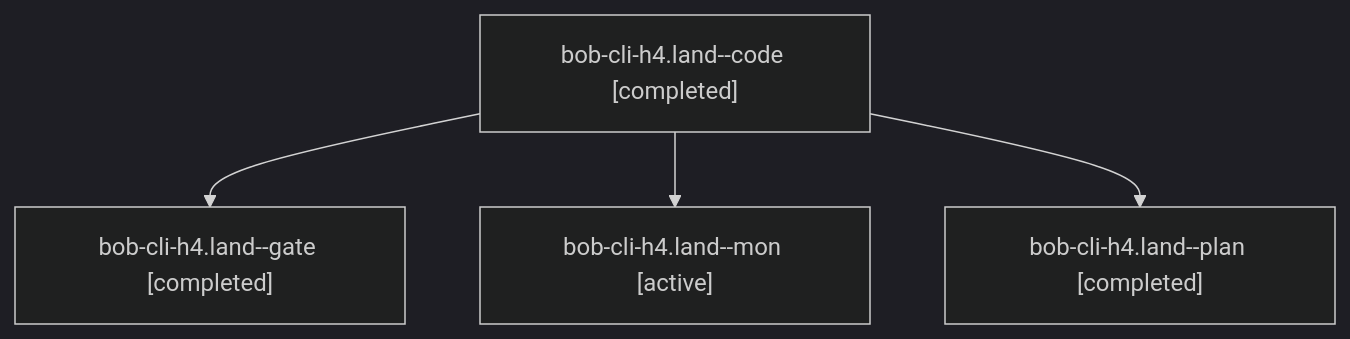
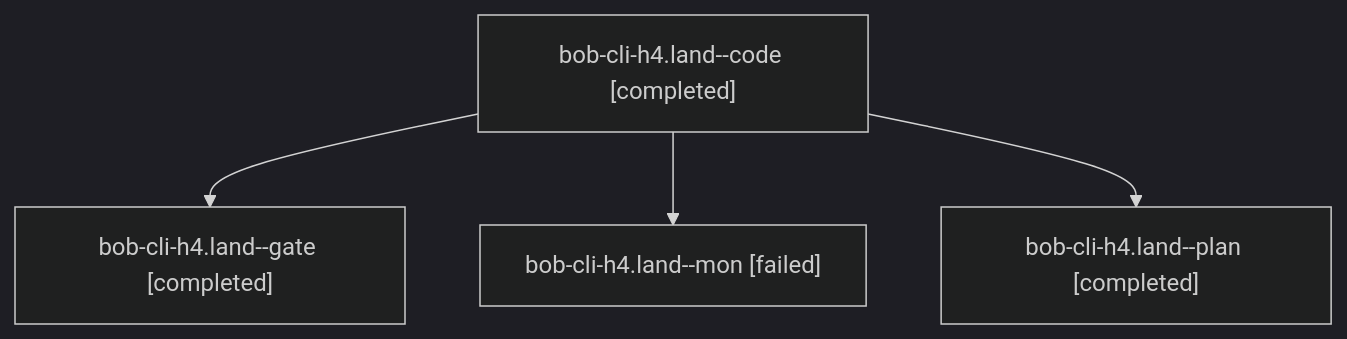
One commit to bobs-org/bob-cli--agents changed the diagram in sessions/bbugyi200.athena.bob-cli-h4.land.md. Above: the diagram before and after it, drawn with Mermaid (dark theme). The commit also changed other lines of this file and 37 other files, not shown here.

````diff
--- a/sessions/bbugyi200.athena.bob-cli-h4.land.md
+++ b/sessions/bbugyi200.athena.bob-cli-h4.land.md
@@ -9,10 +9,10 @@
 ```mermaid
 flowchart TD
   n0["bob-cli-h4.land--code [completed]"]
   n1["bob-cli-h4.land--gate [completed]"]
   n0 --> n1
-  n2["bob-cli-h4.land--mon [active]"]
+  n2["bob-cli-h4.land--mon [failed]"]
   n0 --> n2
   n3["bob-cli-h4.land--plan [completed]"]
   n0 --> n3
 ```
````
